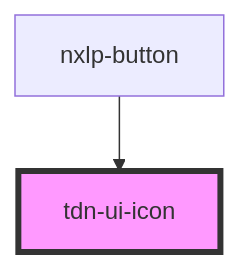
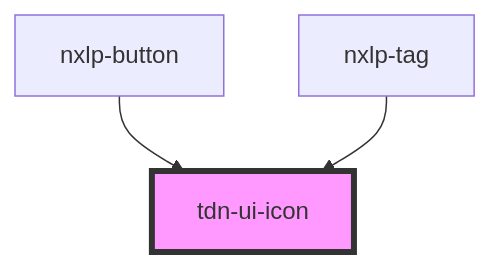
The diagram in libs/ui/src/components/design-system/icon/readme.md (magdalenamaglicic/tasks), drawn with Mermaid before and after one commit. The commit also changed other lines of this file and 14 other files, not shown here.

````diff
--- a/libs/ui/src/components/design-system/icon/readme.md
+++ b/libs/ui/src/components/design-system/icon/readme.md
@@ -26,5 +27,6 @@
 ```mermaid
 graph TD;
   nxlp-button --> tdn-ui-icon
+  nxlp-tag --> tdn-ui-icon
   style tdn-ui-icon fill:#f9f,stroke:#333,stroke-width:4px
 ```
````
